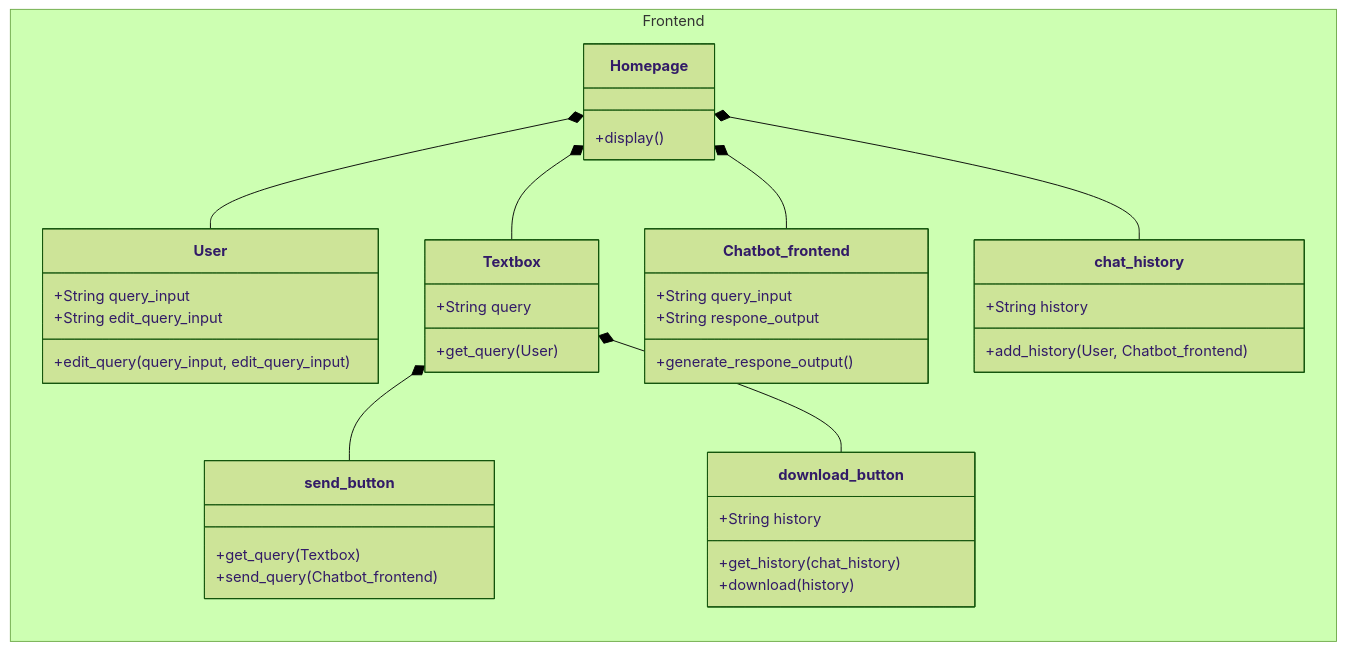
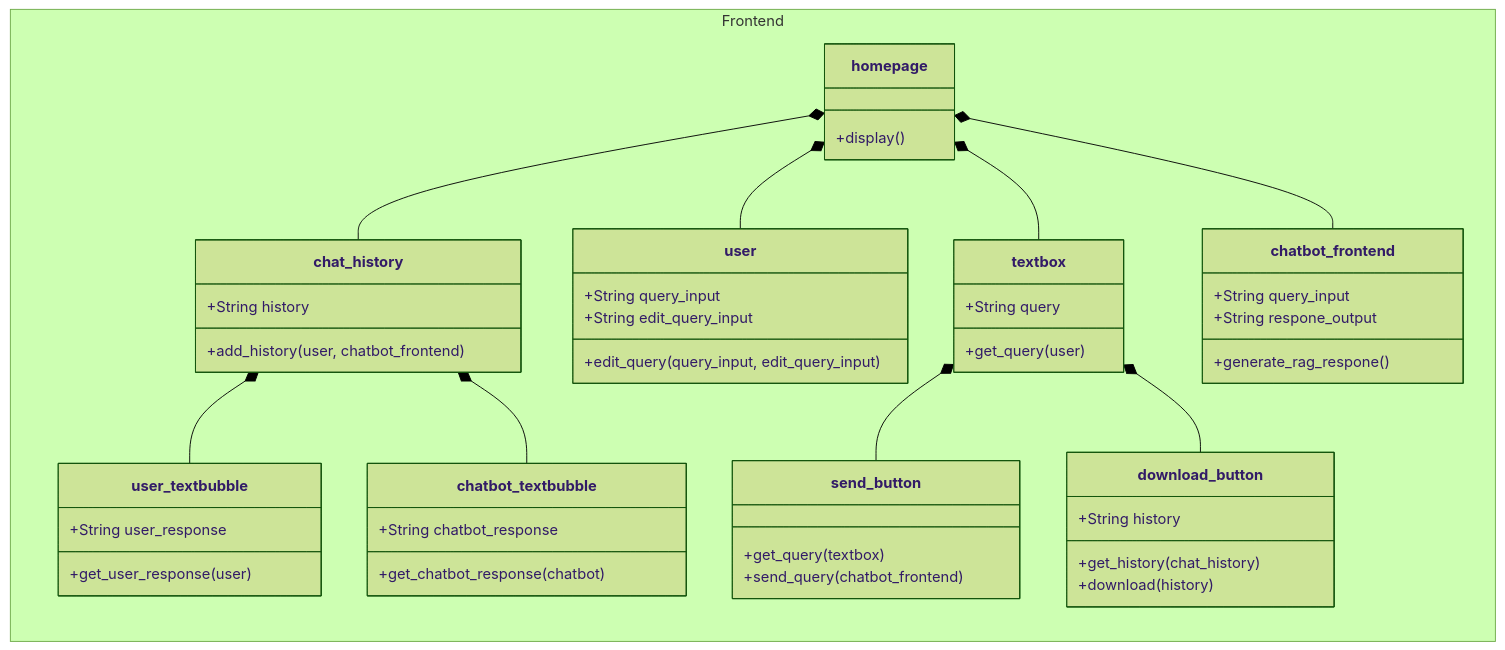
One commit to Capstone-Projects-2025-Spring/project-003-bioinformatics-chatbot changed the second of 3 diagrams in documentation/docs/system-architecture/Class_Diagram.md. Above: the diagram before and after it, drawn with Mermaid (forest theme). The commit also changed other lines of this file, not shown here.

First line of the commit message:
Update Class_Diagram.md

````diff
--- a/documentation/docs/system-architecture/Class_Diagram.md
+++ b/documentation/docs/system-architecture/Class_Diagram.md
@@ -99,49 +136,64 @@
 ```mermaid
 classDiagram
 direction BT
 	namespace Frontend {
-        class Homepage {
+        class homepage {
 	        +display()
-        }
-
-        class Chatbot_frontend {
-	        +String query_input
-	        +String respone_output
-	        +generate_respone_output()
         }
 
         class chat_history {
 	        +String history
-	        +add_history(User, Chatbot_frontend)
+	        +add_history(user, chatbot_frontend)
         }
 
-        class User {
+	class user_textbubble {
+	        +String user_response
+		+get_user_response(user)
+        }
+
+        class chatbot_textbubble {
+	        +String chatbot_response
+		+get_chatbot_response(chatbot)
+        }
+
+        class user {
 	        +String query_input
 	        +String edit_query_input
 	        +edit_query(query_input, edit_query_input)
         }
 
-        class Textbox {
+        class textbox {
 	        +String query
-	        +get_query(User)
+	        +get_query(user)
         }
 
         class send_button {
-	        +get_query(Textbox)
-	        +send_query(Chatbot_frontend)
+	        +get_query(textbox)
+	        +send_query(chatbot_frontend)
         }
 
         class download_button {
 	        +String history
 	        +get_history(chat_history)
 	        +download(history)
         }
 
+        class chatbot_frontend {
+	        +String query_input
+	        +String respone_output
+	        +generate_rag_respone()
+        }
+
 	}
-    Homepage *-- User
-    Homepage *-- Textbox
-    Homepage *-- Chatbot_frontend
-    Homepage *-- chat_history
-    Textbox *-- send_button
-    Textbox *-- download_button
+	
+    homepage *-- chat_history	
+
+    homepage *-- user
+
+    homepage *-- textbox
+    homepage *-- chatbot_frontend
+    chat_history *-- user_textbubble
+    chat_history *-- chatbot_textbubble
+    textbox *-- send_button
+    textbox *-- download_button
 ```
````
